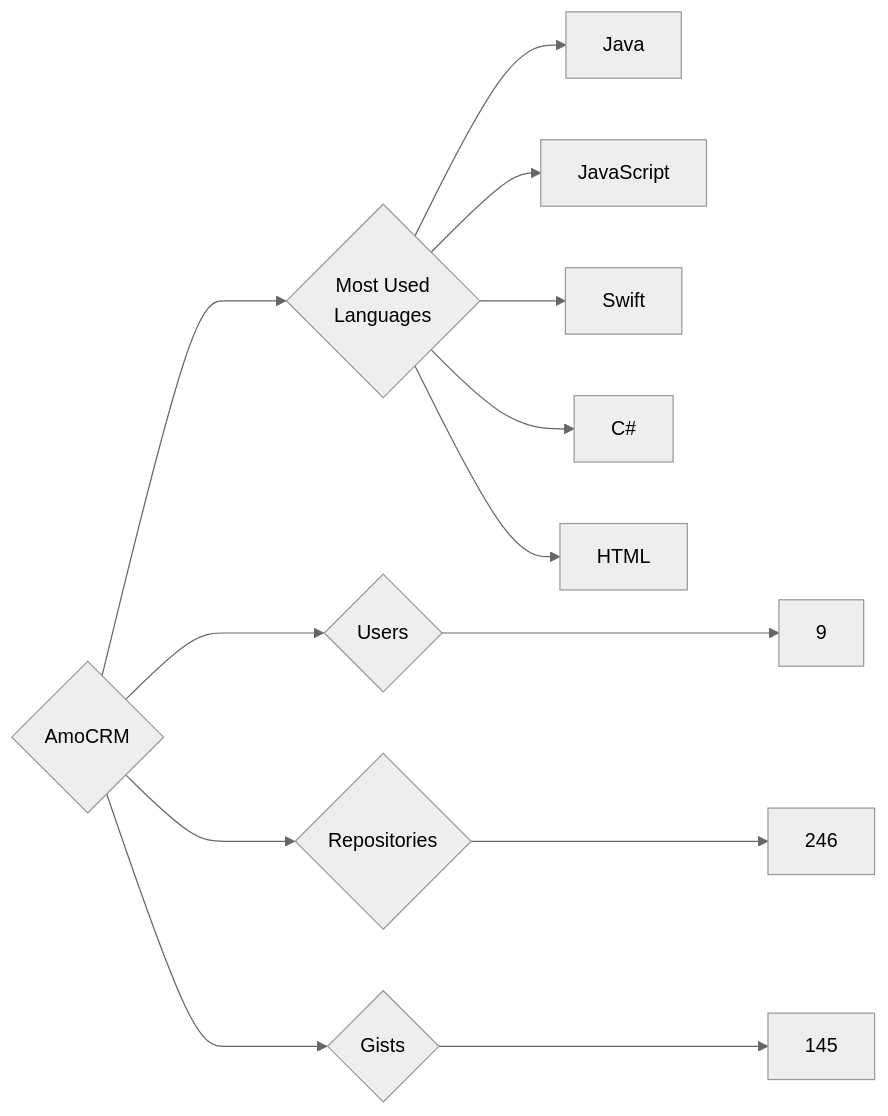
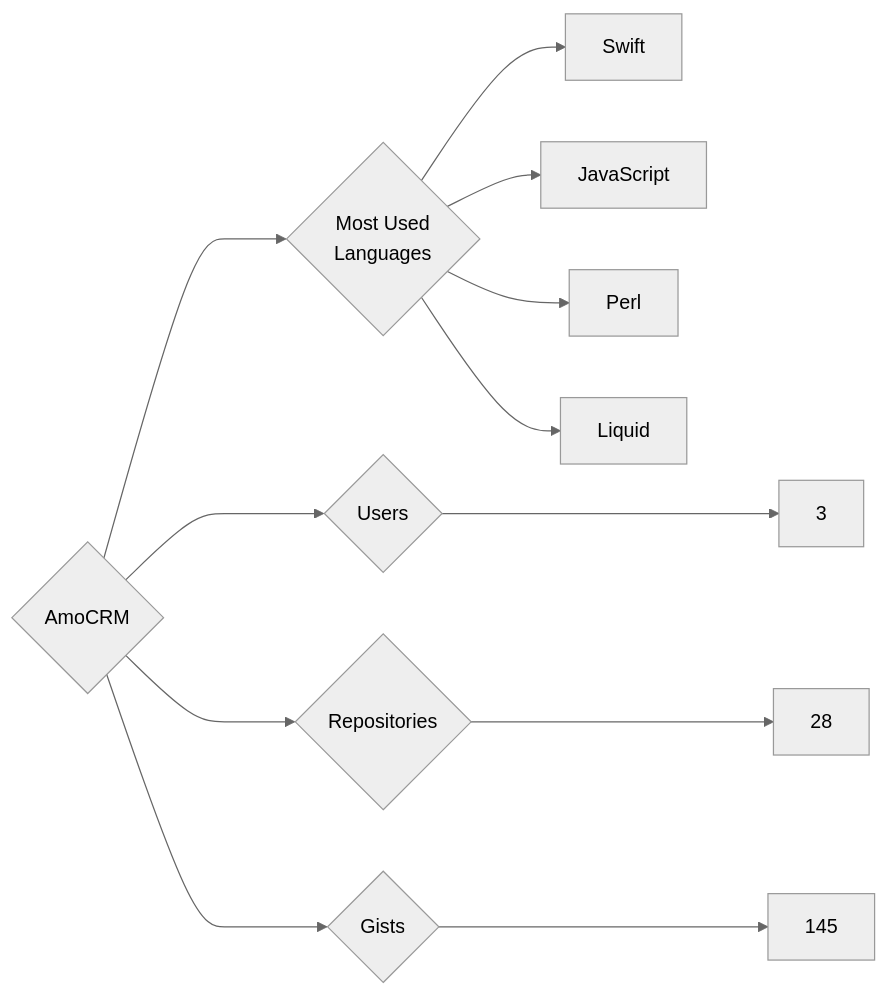
Before and after one commit to trickest/insiders: the diagram in targets/AmoCRM/README.md, drawn with Mermaid (neutral theme). The commit also changed 837 other files, not shown here.

````diff
--- a/targets/AmoCRM/README.md
+++ b/targets/AmoCRM/README.md
@@ -3,13 +3,12 @@
 ```mermaid
 graph LR
 COMPANY_NAME{AmoCRM}
-COMPANY_NAME ---> U{Users} ---> UN[9]
-COMPANY_NAME ---> R{Repositories} ---> RN[246]
+COMPANY_NAME ---> U{Users} ---> UN[3]
+COMPANY_NAME ---> R{Repositories} ---> RN[28]
 COMPANY_NAME ---> G{Gists} ---> GN[145]
 COMPANY_NAME ---> ML{Most Used<br>Languages}
-ML --> Java[Java]
+ML --> Swift[Swift]
 ML --> JavaScript[JavaScript]
-ML --> Swift[Swift]
-ML --> C#[C#]
-ML --> HTML[HTML]
+ML --> Perl[Perl]
+ML --> Liquid[Liquid]
 ```
````
